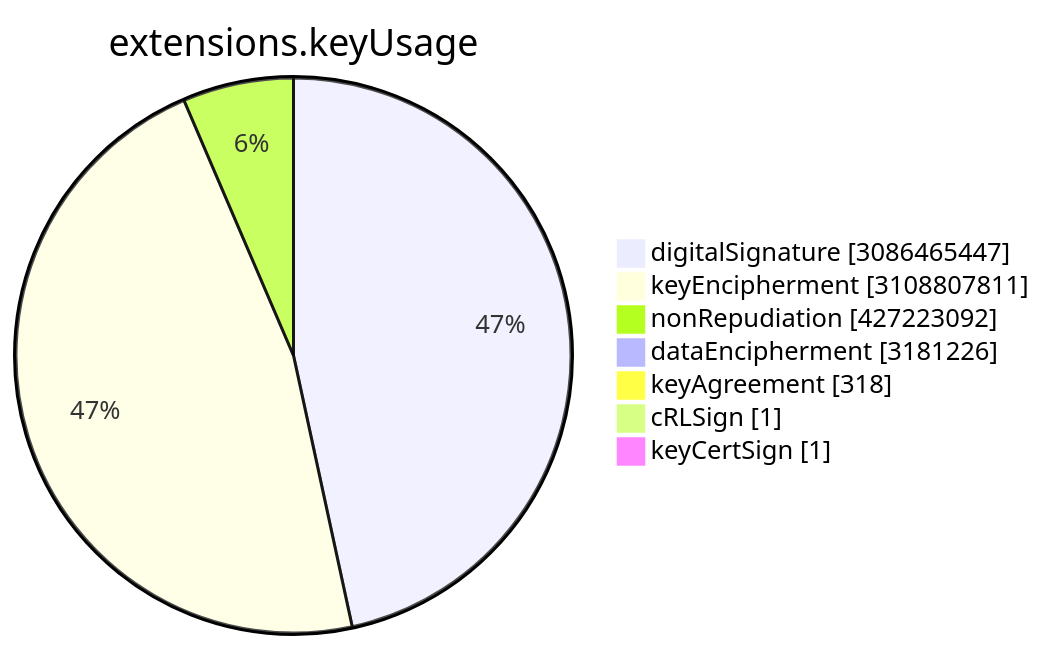
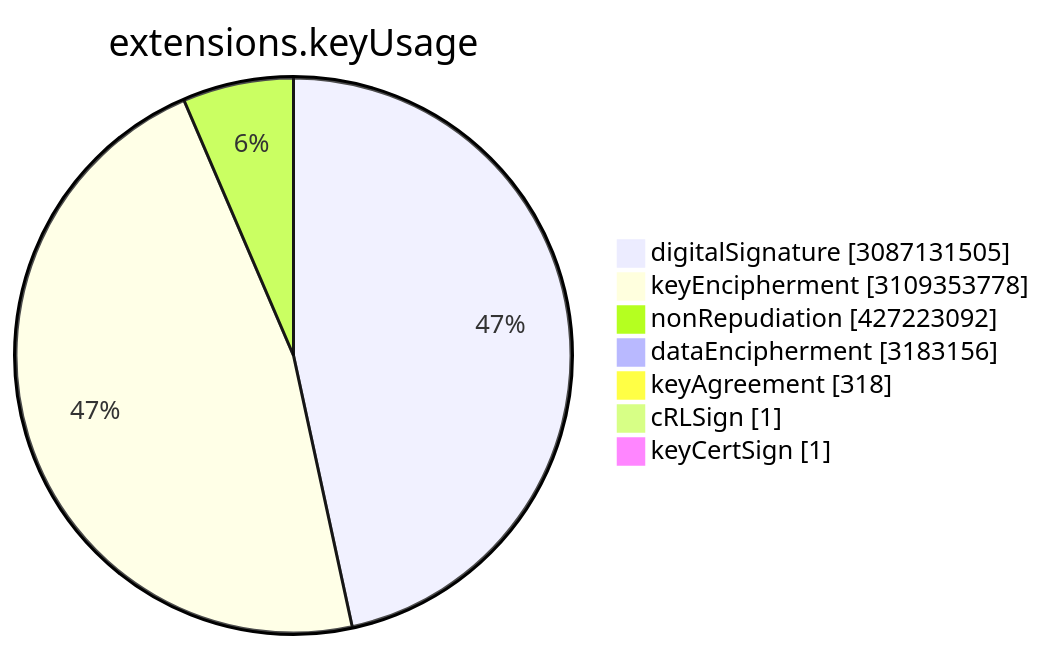
The sixth of 15 diagrams in TOTAL/README.md (christiankrug/ctmonitor_visualization), drawn with Mermaid before and after one commit. The commit also changed other lines of this file, not shown here.

````diff
--- a/TOTAL/README.md
+++ b/TOTAL/README.md
@@ -3075,11 +3075,11 @@
 ```mermaid
 pie showData
 title extensions.keyUsage
-"digitalSignature" :3086465447
-"keyEncipherment" :3108807811
+"digitalSignature" :3087131505
+"keyEncipherment" :3109353778
 "nonRepudiation" :427223092
-"dataEncipherment" :3181226
+"dataEncipherment" :3183156
 "keyAgreement" :318
 "cRLSign" :1
 "keyCertSign" :1
 ```
````
